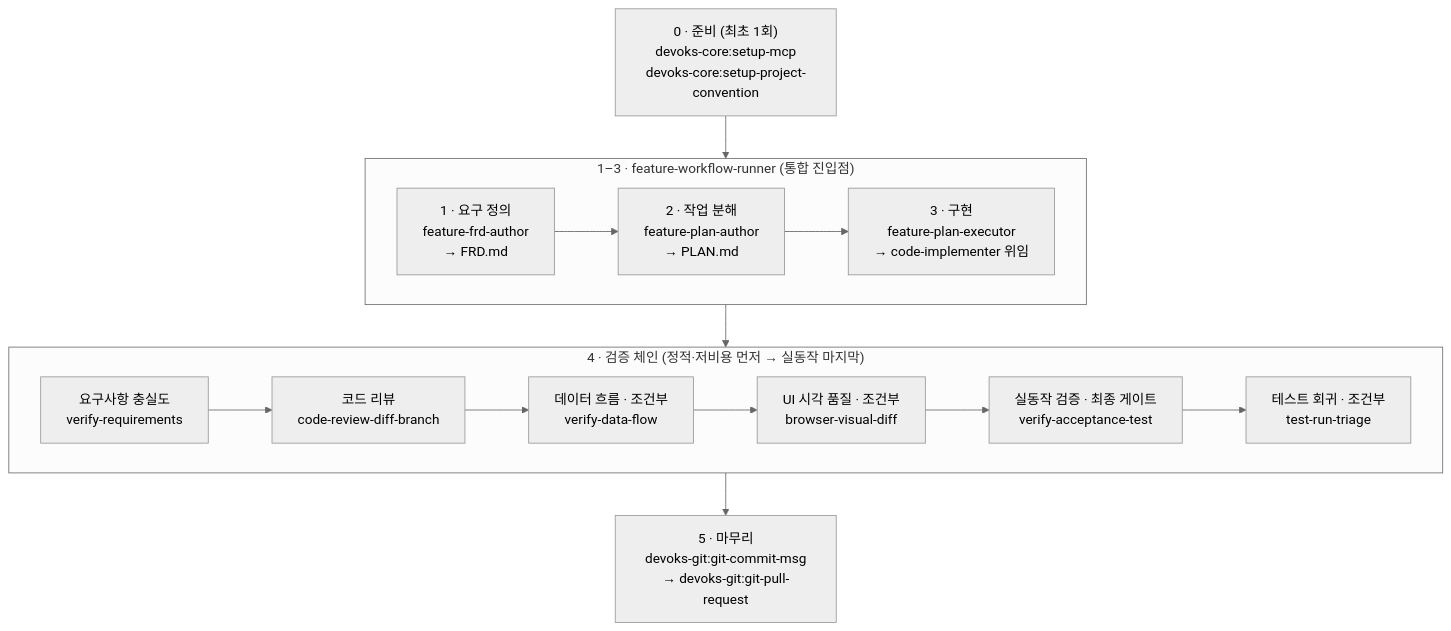
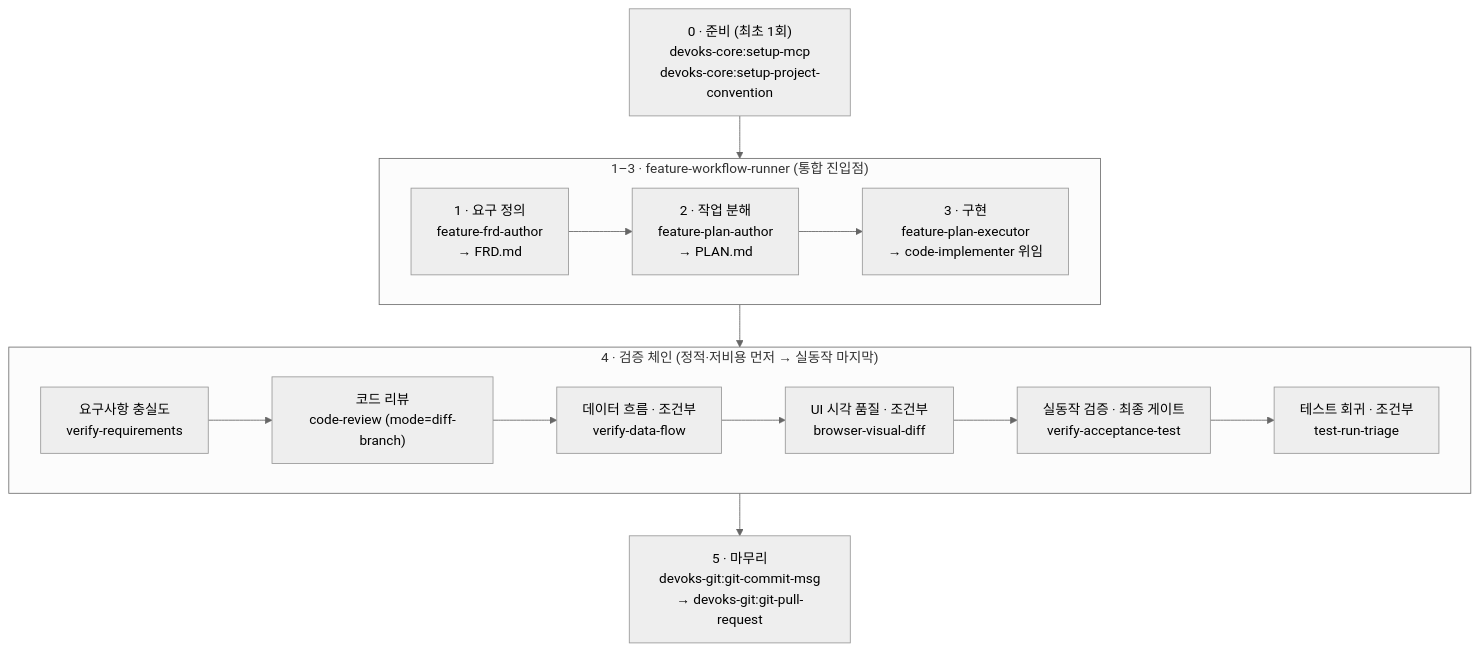
One commit to ridsync/devoks-team-harness changed the diagram in docs/README.ko.md. Above: the diagram before and after it, drawn with Mermaid (neutral theme). The commit also changed other lines of this file and 31 other files, not shown here.

````diff
--- a/docs/README.ko.md
+++ b/docs/README.ko.md
@@ -108,29 +108,29 @@
 ```mermaid
 flowchart TD
     S["0 · 준비 (최초 1회)<br/>devoks-core:setup-mcp<br/>devoks-core:setup-project-convention"]
 
     subgraph BUILD["1–3 · feature-workflow-runner (통합 진입점)"]
         direction LR
         F["1 · 요구 정의<br/>feature-frd-author<br/>→ FRD.md"]
         P["2 · 작업 분해<br/>feature-plan-author<br/>→ PLAN.md"]
         I["3 · 구현<br/>feature-plan-executor<br/>→ code-implementer 위임"]
         F --> P --> I
     end
 
     subgraph VERIFY["4 · 검증 체인 (정적·저비용 먼저 → 실동작 마지막)"]
         direction LR
         V1["요구사항 충실도<br/>verify-requirements"]
-        V2["코드 리뷰<br/>code-review-diff-branch"]
+        V2["코드 리뷰<br/>code-review (mode=diff-branch)"]
         V3["데이터 흐름 · 조건부<br/>verify-data-flow"]
         V4["UI 시각 품질 · 조건부<br/>browser-visual-diff"]
         V5["실동작 검증 · 최종 게이트<br/>verify-acceptance-test"]
         V6["테스트 회귀 · 조건부<br/>test-run-triage"]
         V1 --> V2 --> V3 --> V4 --> V5 --> V6
     end
 
     C["5 · 마무리<br/>devoks-git:git-commit-msg<br/>→ devoks-git:git-pull-request"]
 
     S --> BUILD
     BUILD --> VERIFY
     VERIFY --> C
 ```
````
